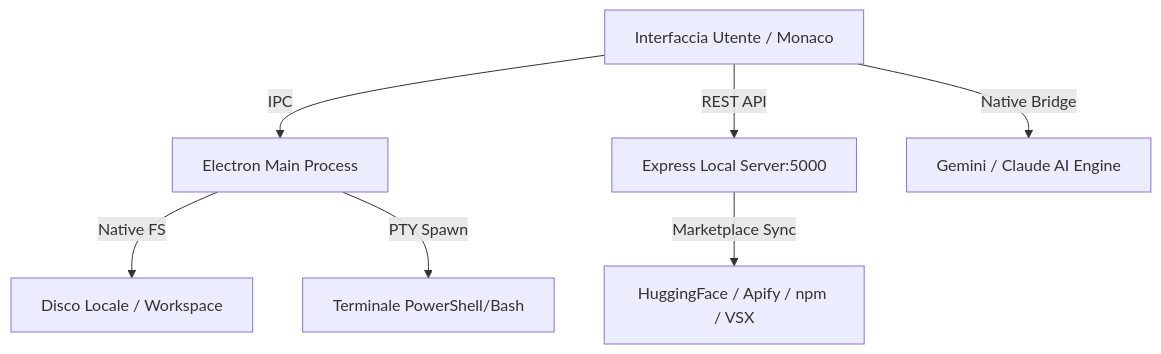
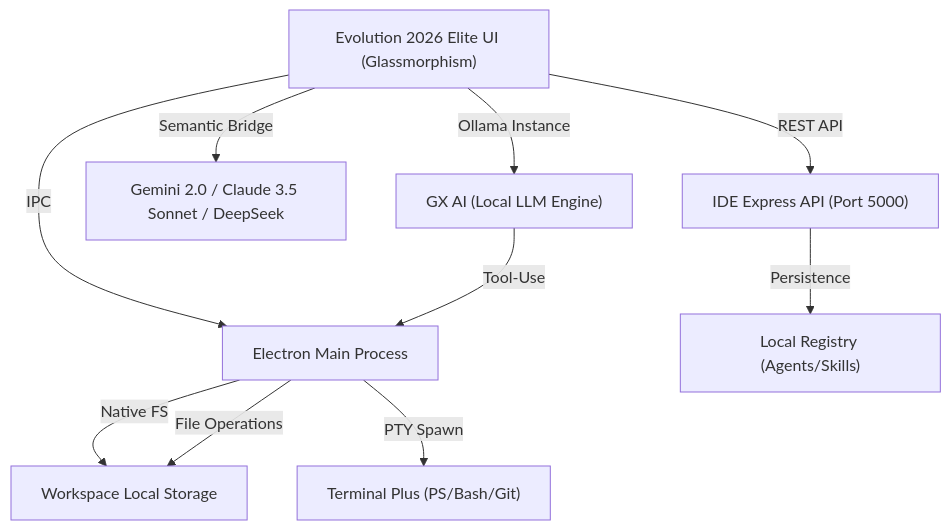
One commit to Kyriga-CGX/GXCode changed the diagram in README.md. Above: the diagram before and after it, drawn with Mermaid. The commit also changed other lines of this file, not shown here.

Commit message:
docs: major README update for Evolution 2026 Elite (v1.4.5)

````diff
--- a/README.md
+++ b/README.md
@@ -23,9 +16,12 @@
 ```mermaid
 graph TD
-    UI[Interfaccia Utente / Monaco] --> |IPC| Main[Electron Main Process]
-    Main --> |Native FS| FS[Disco Locale / Workspace]
-    Main --> |PTY Spawn| Term[Terminale PowerShell/Bash]
-    UI --> |REST API| API[Express Local Server:5000]
-    API --> |Marketplace Sync| Web[HuggingFace / Apify / npm / VSX]
-    UI --> |Native Bridge| AI[Gemini / Claude AI Engine]
+    UI["Evolution 2026 Elite UI (Glassmorphism)"] --> |IPC| Main["Electron Main Process"]
+    Main --> |Native FS| FS["Workspace Local Storage"]
+    Main --> |PTY Spawn| Term["Terminal Plus (PS/Bash/Git)"]
+    UI --> |REST API| API["IDE Express API (Port 5000)"]
+    API --> |Persistence| DB["Local Registry (Agents/Skills)"]
+    UI --> |Semantic Bridge| AI_REMOTE["Gemini 2.0 / Claude 3.5 Sonnet / DeepSeek"]
+    UI --> |Ollama Instance| AI_LOCAL["GX AI (Local LLM Engine)"]
+    AI_LOCAL --> |Tool-Use| Main
+    Main --> |File Operations| FS
 ```
````
